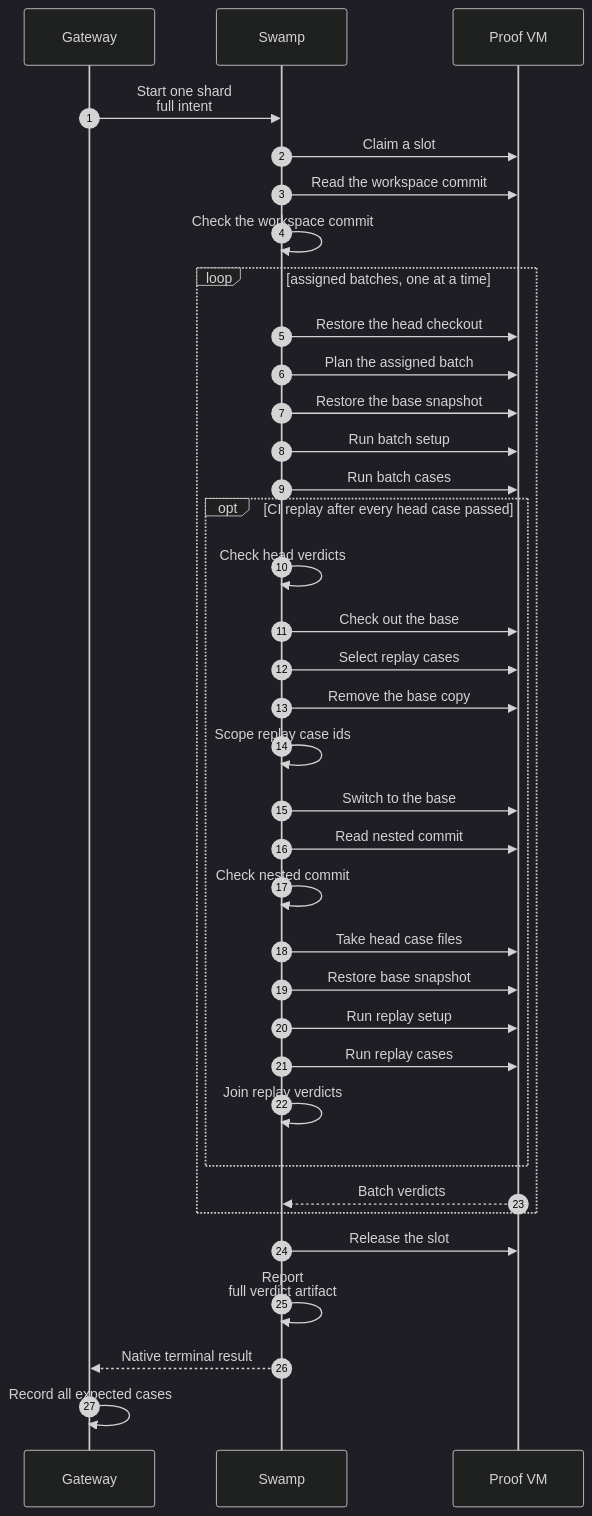
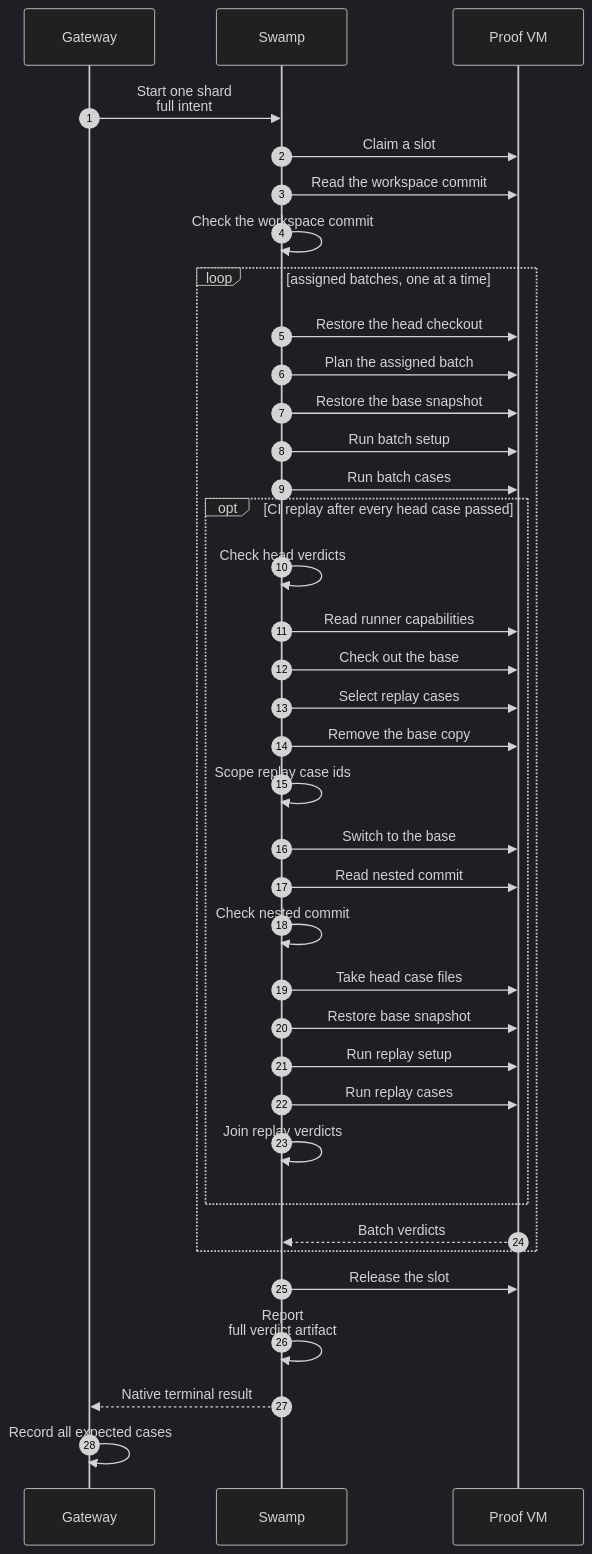
One commit to hardimpactdev/orbit changed the diagram in docs/cli/proof/command.mmd. Above: the diagram before and after it, drawn with Mermaid (dark theme). The commit also changed 5 other files, not shown here.

First line of the commit message:
fix: skip proof replay on runners without support

```diff
--- a/docs/cli/proof/command.mmd
+++ b/docs/cli/proof/command.mmd
@@ -1,51 +1,53 @@
 sequenceDiagram
   %% status: reviewed
   %% command: none · started by proof:run
   %% kind: proof.command
   autonumber
   participant GW as Gateway
   participant SW as Swamp
   participant VM as Proof VM
   GW->>SW: Start one shard<br/>full intent
   %%> Record one group and VM with its whole batch assignments and expected expanded case ids. Operator proofs instead carry one full command from task admission.
   SW->>VM: Claim a slot
   SW->>VM: Read the workspace commit
   SW->>SW: Check the workspace commit
   %%> A mismatch fails before cases and records expected and found commits.
   loop assigned batches, one at a time
     SW->>VM: Restore the head checkout
     %%> A prior flagged-case check may have left the checkout at the merge base. Restore the admitted head before planning.
     SW->>VM: Plan the assigned batch
     %%> runner plan --lines --only-batch restricts execution to the whole admitted batch. An operator run plans the full command.
     SW->>VM: Restore the base snapshot
     SW->>VM: Run batch setup
     SW->>VM: Run batch cases
     %%> The runner schedules cases within the fleet's existing concurrency and isolation rules. Keep every verdict line in the output artifact.
     opt CI replay after every head case passed
       SW->>SW: Check head verdicts
+      SW->>VM: Read runner capabilities
+      %%> Read head runner help. Without replay support, skip selection and replay.
       SW->>VM: Check out the base
       SW->>VM: Select replay cases
       %%> Use the runner's case-level comparison, then keep fails_on_base: true. Unchanged flags and unflagged cases never replay, even under whole-file code or tooling selection.
       SW->>VM: Remove the base copy
       SW->>SW: Scope replay case ids
       %%> Keep only cases admitted to this batch.
       SW->>VM: Switch to the base
       SW->>VM: Read nested commit
       SW->>SW: Check nested commit
       SW->>VM: Take head case files
       %%> Copy cases, batches and the spec loader. Keep base runner and step implementations.
       SW->>VM: Restore base snapshot
       SW->>VM: Run replay setup
       SW->>VM: Run replay cases
       SW->>SW: Join replay verdicts
       %%> Each replay must fail with cause assertion. A pass, another cause or missing evidence fails the proof with a CASE@merge-base verdict. Keep flags after merge; only a later case change opts them into another replay.
     end
     VM-->>SW: Batch verdicts
   end
   SW->>VM: Release the slot
   %%> Always after success or failure. Only operator proofs can keep a failed VM for 60 minutes. CI always deletes.
   SW->>SW: Report<br/>full verdict artifact
   %%> Prefix each line with its command, file and batch. The fixed capture reads the full artifact rather than the 4 KiB history summary.
   SW-->>GW: Native terminal result
   GW->>GW: Record all expected cases
   %%> Failed, missing, duplicate or unassigned verdicts fail the shard. A missing case becomes unrun. A missing or failed delete schedules normal group cancellation. The parent closes one merged report after all shards end.
```
